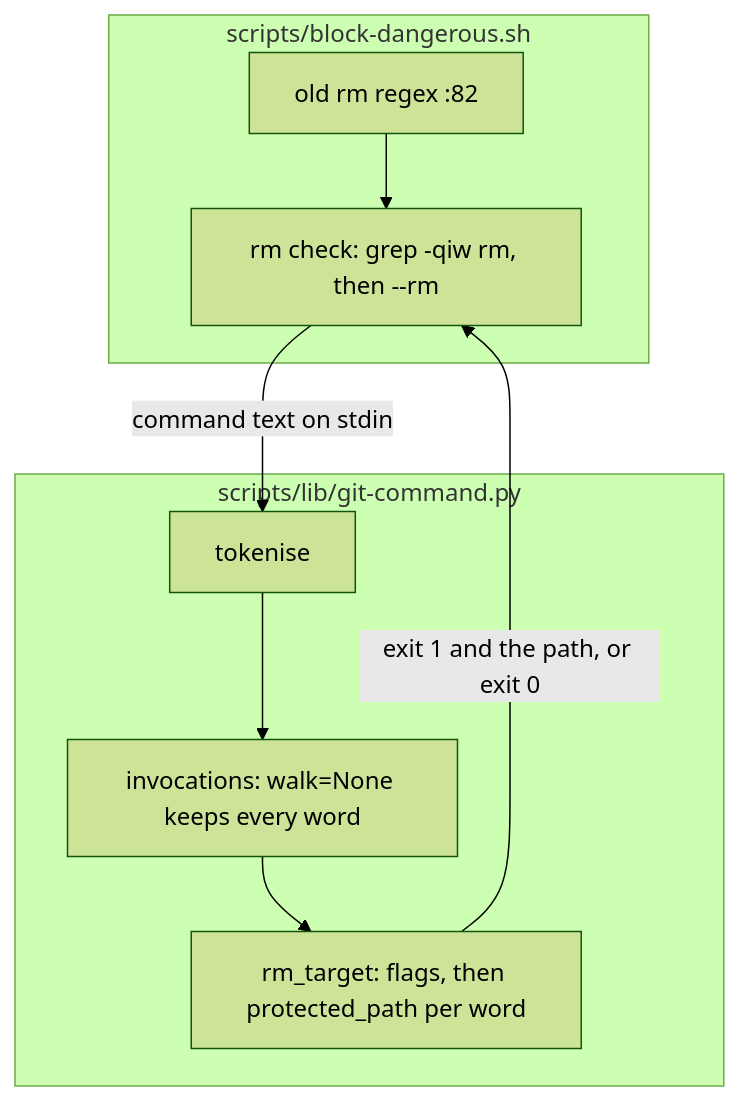
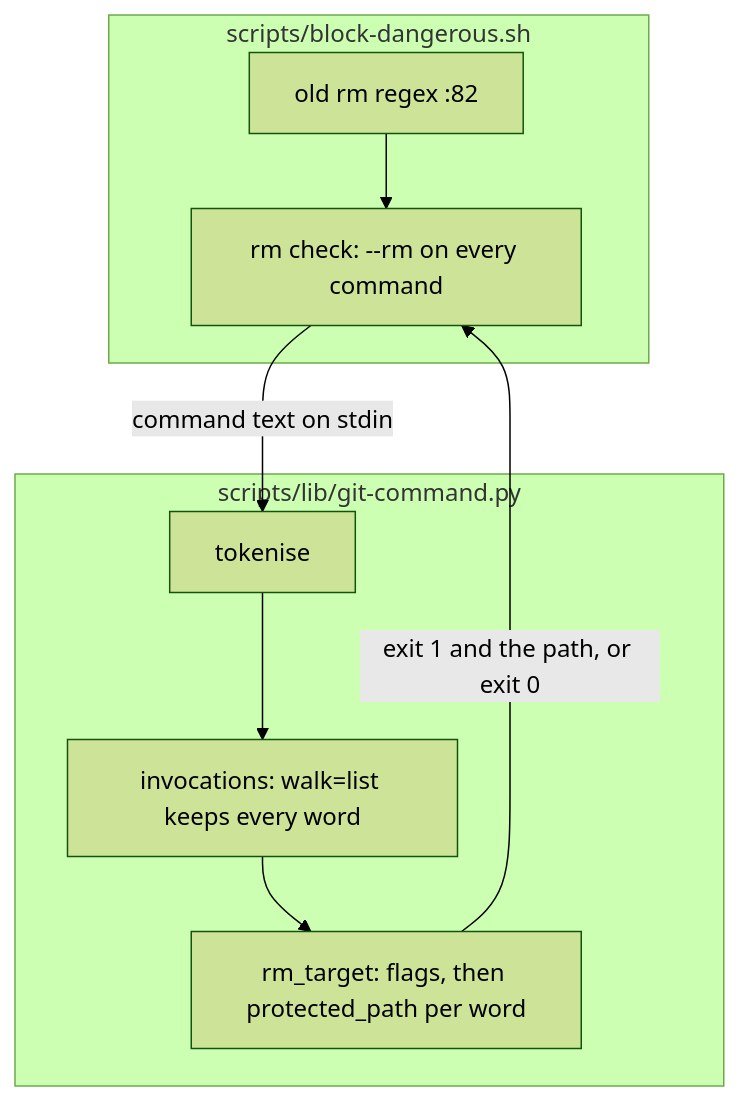
Before and after one commit to dzaffren/claude-plugin: the second of 3 diagrams in docs/specs/rm-forms.md, drawn with Mermaid (forest theme). The commit also changed other lines of this file and 2 other files, not shown here.

First line of the commit message:
fix(scripts): run the parsed rm check on every command

````diff
--- a/docs/specs/rm-forms.md
+++ b/docs/specs/rm-forms.md
@@ -145,12 +144,12 @@
 ```mermaid
 flowchart TB
     subgraph guard["scripts/block-dangerous.sh"]
-        RX["old rm regex :82"] --> NEW["rm check: grep -qiw rm, then --rm"]
+        RX["old rm regex :82"] --> NEW["rm check: --rm on every command"]
     end
     subgraph parser["scripts/lib/git-command.py"]
-        TOK[tokenise] --> INV["invocations: walk=None keeps every word"]
+        TOK[tokenise] --> INV["invocations: walk=list keeps every word"]
         INV --> RM["rm_target: flags, then protected_path per word"]
     end
     NEW -- "command text on stdin" --> TOK
     RM -- "exit 1 and the path, or exit 0" --> NEW
 ```
````
